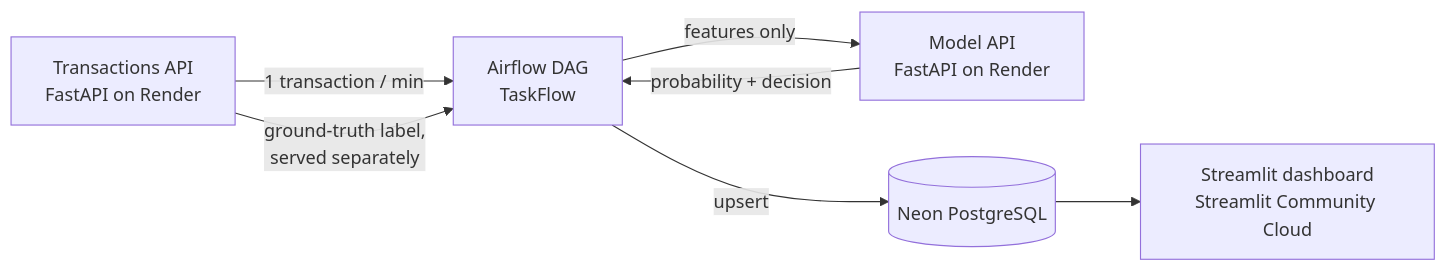
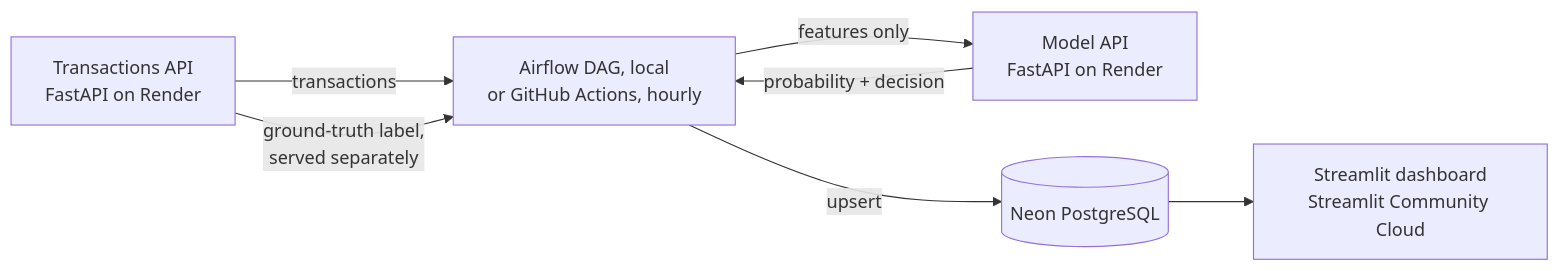
One commit to cnoret/real-time-fraud-detection changed the diagram in README.md. Above: the diagram before and after it, drawn with Mermaid. The commit also changed other lines of this file, not shown here.

Commit message:
Document the scheduled GitHub Actions run in the README

````diff
--- a/README.md
+++ b/README.md
@@ -35,9 +35,9 @@
 ```mermaid
 flowchart LR
-    A[Transactions API<br/>FastAPI on Render] -->|1 transaction / min| B[Airflow DAG<br/>TaskFlow]
+    A[Transactions API<br/>FastAPI on Render] -->|transactions| B[Airflow DAG, local<br/>or GitHub Actions, hourly]
     A -->|ground-truth label,<br/>served separately| B
     B -->|features only| C[Model API<br/>FastAPI on Render]
     C -->|probability + decision| B
     B -->|upsert| D[(Neon PostgreSQL)]
     D --> E[Streamlit dashboard<br/>Streamlit Community Cloud]
 ```
````
